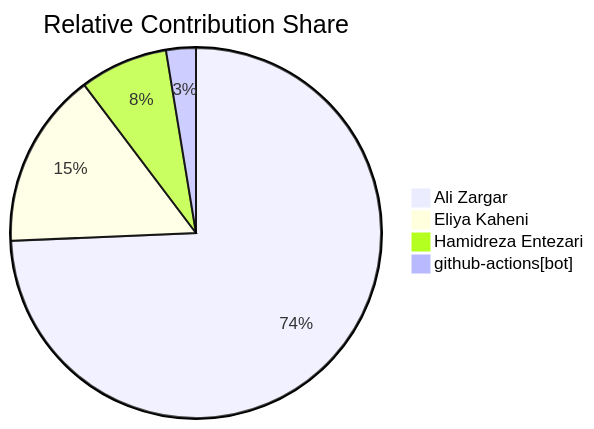
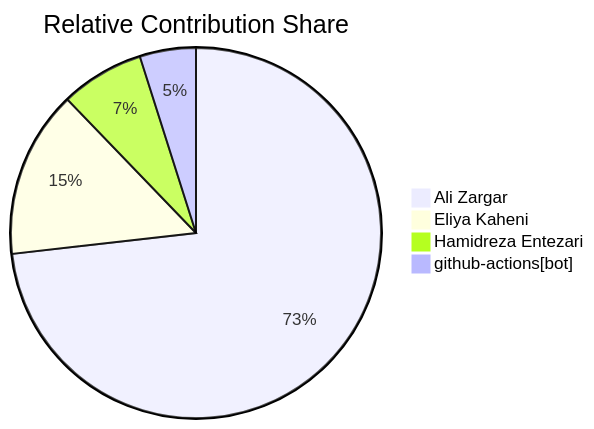
Before and after one commit to 0ALI0ZARGAR0/c-minus-compiler: the diagram in README.md, drawn with Mermaid. The commit also changed other lines of this file, not shown here.

````diff
--- a/README.md
+++ b/README.md
@@ -52,8 +52,8 @@
 ```mermaid
 pie
     title Relative Contribution Share
-    "Ali Zargar" : 74.4
-    "Eliya Kaheni" : 15.4
-    "Hamidreza Entezari" : 7.7
-    "github-actions[bot]" : 2.6
+    "Ali Zargar" : 73.2
+    "Eliya Kaheni" : 14.6
+    "Hamidreza Entezari" : 7.3
+    "github-actions[bot]" : 4.9
 ```
````
